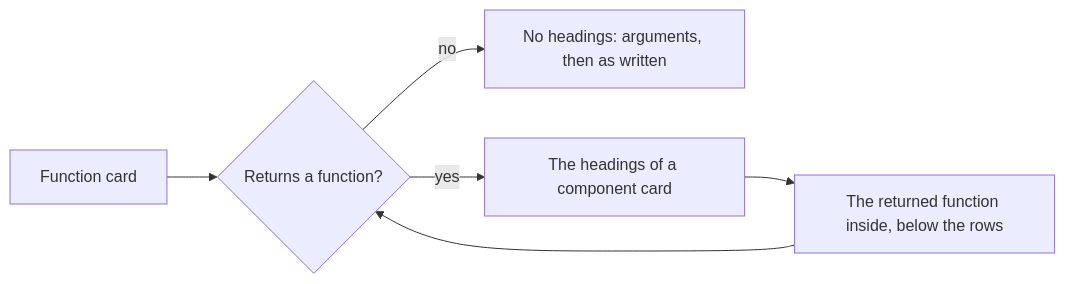
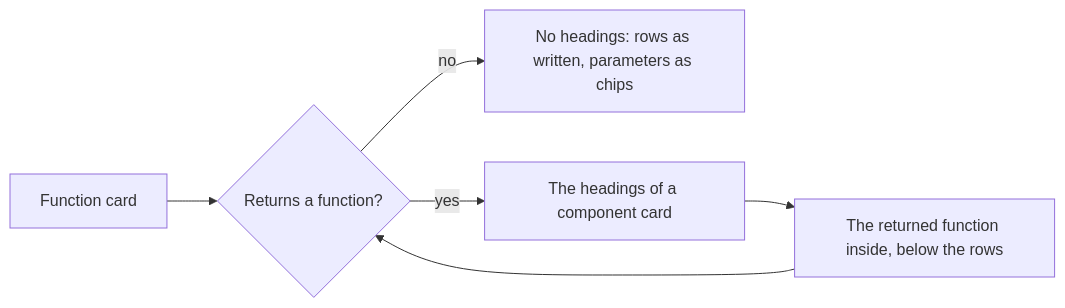
One commit to kidlat-dakila/flight-plan changed the diagram in docs/vocabulary/journey-flow-diagram/function-card.md. Above: the diagram before and after it, drawn with Mermaid. The commit also changed other lines of this file and 78 other files, not shown here.

Commit message:
feat: add the demo-fastapi demo, draw routers before their route cards, show parameters as chips, zoom boards with the mouse wheel, let reviewers move cards and centre crowded columns

````diff
--- a/docs/vocabulary/journey-flow-diagram/function-card.md
+++ b/docs/vocabulary/journey-flow-diagram/function-card.md
@@ -120,8 +115,8 @@
 ```mermaid
 flowchart LR
   f["Function card"] --> r{"Returns a function?"}
-  r -- no --> flat["No headings: arguments, then as written"]
+  r -- no --> flat["No headings: rows as written, parameters as chips"]
   r -- yes --> grouped["The headings of a component card"]
   grouped --> inner["The returned function inside, below the rows"]
   inner --> r
 ```
````
